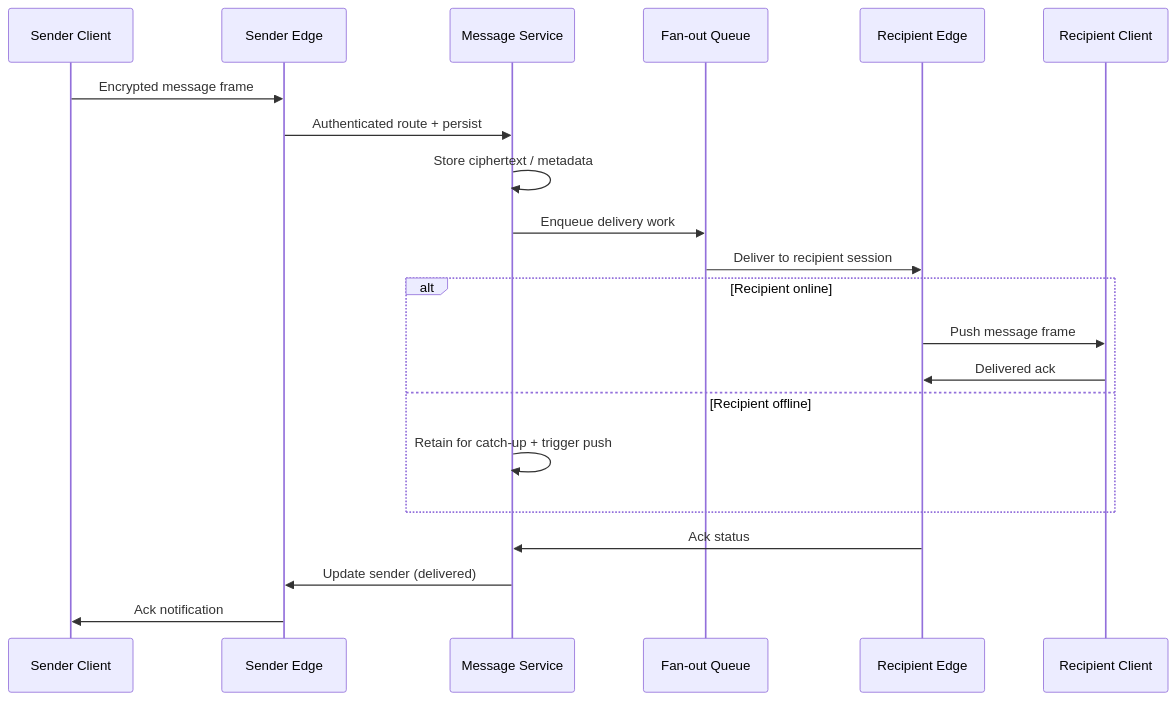
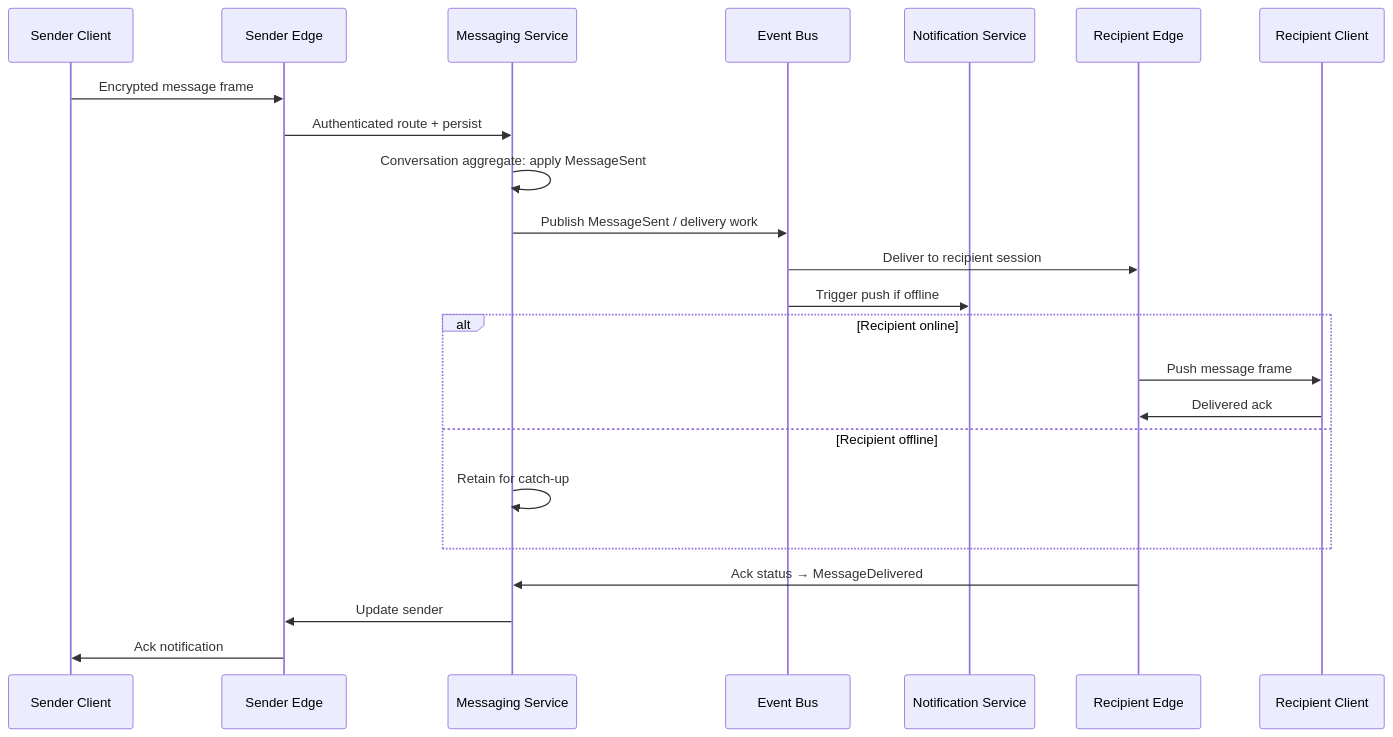
The third of 3 diagrams in case-studies/whatsapp/README.md (mostafiz57/Software-Architecture-Playbook), drawn with Mermaid before and after one commit. The commit also changed other lines of this file, not shown here.

````diff
--- a/case-studies/whatsapp/README.md
+++ b/case-studies/whatsapp/README.md
@@ -291,24 +364,26 @@
 ```mermaid
 sequenceDiagram
   participant S as Sender Client
   participant SE as Sender Edge
-  participant MS as Message Service
-  participant Q as Fan-out Queue
+  participant MS as Messaging Service
+  participant Q as Event Bus
+  participant NS as Notification Service
   participant RE as Recipient Edge
   participant R as Recipient Client
 
   S->>SE: Encrypted message frame
   SE->>MS: Authenticated route + persist
-  MS->>MS: Store ciphertext / metadata
-  MS->>Q: Enqueue delivery work
+  MS->>MS: Conversation aggregate: apply MessageSent
+  MS->>Q: Publish MessageSent / delivery work
   Q->>RE: Deliver to recipient session
+  Q->>NS: Trigger push if offline
   alt Recipient online
     RE->>R: Push message frame
     R->>RE: Delivered ack
   else Recipient offline
-    MS->>MS: Retain for catch-up + trigger push
+    MS->>MS: Retain for catch-up
   end
-  RE->>MS: Ack status
-  MS->>SE: Update sender (delivered)
+  RE->>MS: Ack status → MessageDelivered
+  MS->>SE: Update sender
   SE->>S: Ack notification
 ```
````
